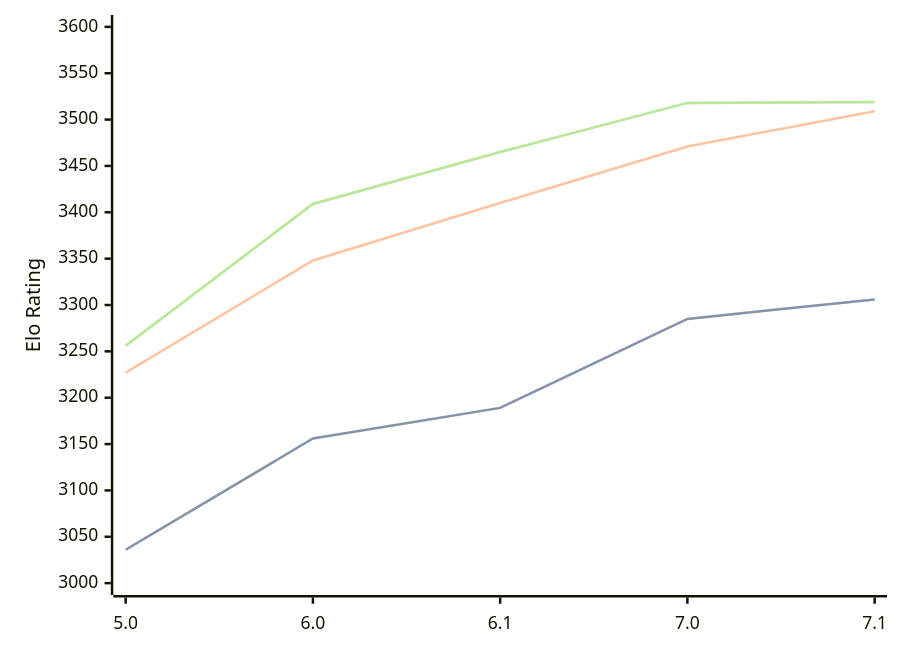
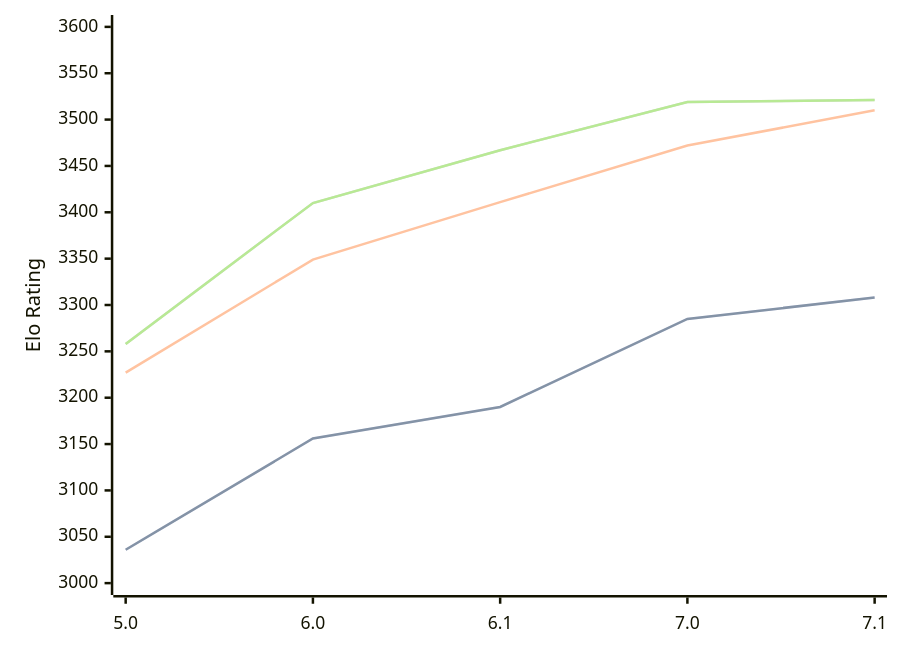
One commit to computer-chess-index/cci changed the diagram in engines/PZChessBot.md. Above: the diagram before and after it, drawn with Mermaid. The commit also changed other lines of this file, not shown here.

Commit message:
Update CCI Ratings (ELO VLTC) - 2026-08-05

````diff
--- a/engines/PZChessBot.md
+++ b/engines/PZChessBot.md
@@ -44,11 +44,11 @@
 ```mermaid
 %%{init: {"theme":"base","themeVariables":{"seriesColors:['#a3a3a3','#222221','#faa371']}}}%%
 xychart-beta
   x-axis ["5.0", "6.0", "6.1", "7.0", "7.1"]
   y-axis "Elo Rating" 3000 --> 3600
-  line "STC (8.0+0.08s)" [3036, 3156, 3189, 3285, 3306]
-  line "STC (8.0+0.08s)" [3036, 3156, 3189, 3285, 3306]
-  line "LTC (60.0+0.60s)" [3227, 3348, 3410, 3471, 3509]
-  line "VLTC (2m24s+1.12s)" [3256, 3409, 3465, 3518, 3519]
-  line "VLTC (2m24s+1.12s)" [3256, 3409, 3465, 3518, 3519]
+  line "STC (8.0+0.08s)" [3036, 3156, 3190, 3285, 3308]
+  line "STC (8.0+0.08s)" [3036, 3156, 3190, 3285, 3308]
+  line "LTC (60.0+0.60s)" [3227, 3349, 3411, 3472, 3510]
+  line "VLTC (2m24s+1.12s)" [3258, 3410, 3467, 3519, 3521]
+  line "VLTC (2m24s+1.12s)" [3258, 3410, 3467, 3519, 3521]
 ```
````
